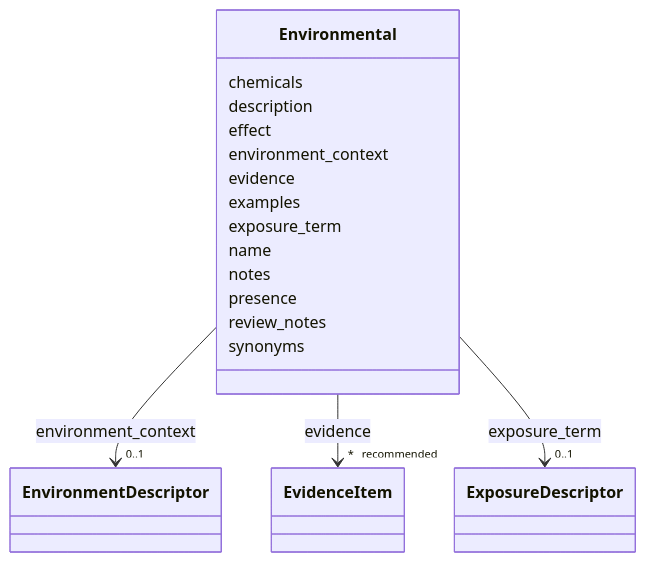
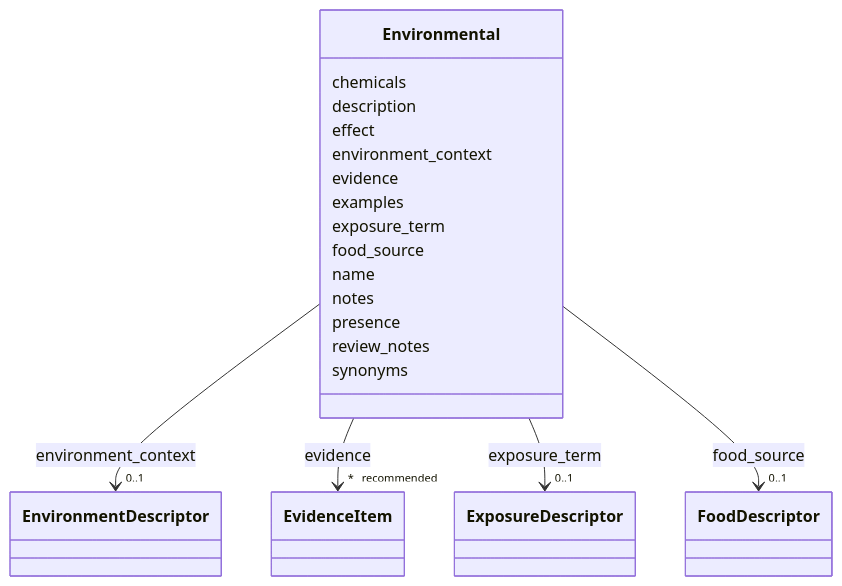
Before and after one commit to monarch-initiative/dismech: the diagram in docs/schema/classes/Environmental.md, drawn with Mermaid. The commit also changed other lines of this file and 1343 other files, not shown here.

First line of the commit message:
docs: regenerate schema docs and point design-decisions link at rendered page

````diff
--- a/docs/schema/classes/Environmental.md
+++ b/docs/schema/classes/Environmental.md
@@ -18,57 +18,68 @@
 ```mermaid
  classDiagram
     class Environmental
     click Environmental href "../../classes/Environmental/"
       Environmental : chemicals
         
       Environmental : description
         
       Environmental : effect
         
       Environmental : environment_context
         
           
     
         
         
         Environmental --> "0..1" EnvironmentDescriptor : environment_context
         click EnvironmentDescriptor href "../../classes/EnvironmentDescriptor/"
     
 
         
       Environmental : evidence
         
           
     
         
         
         Environmental --> "* _recommended_" EvidenceItem : evidence
         click EvidenceItem href "../../classes/EvidenceItem/"
     
 
         
       Environmental : examples
         
       Environmental : exposure_term
         
           
     
         
         
         Environmental --> "0..1" ExposureDescriptor : exposure_term
         click ExposureDescriptor href "../../classes/ExposureDescriptor/"
     
 
         
+      Environmental : food_source
+        
+          
+    
+        
+        
+        Environmental --> "0..1" FoodDescriptor : food_source
+        click FoodDescriptor href "../../classes/FoodDescriptor/"
+    
+
+        
       Environmental : name
         
       Environmental : notes
         
       Environmental : presence
         
       Environmental : review_notes
         
       Environmental : synonyms
         
       
 ```
````
